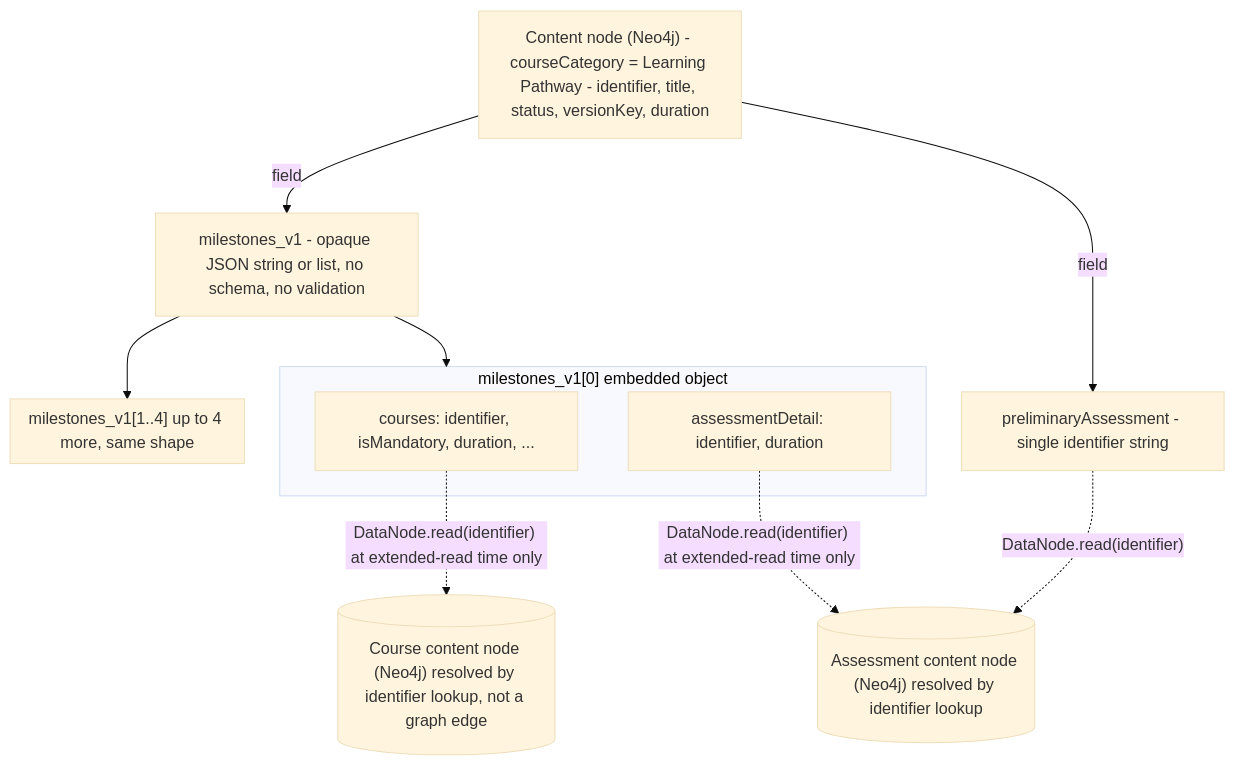
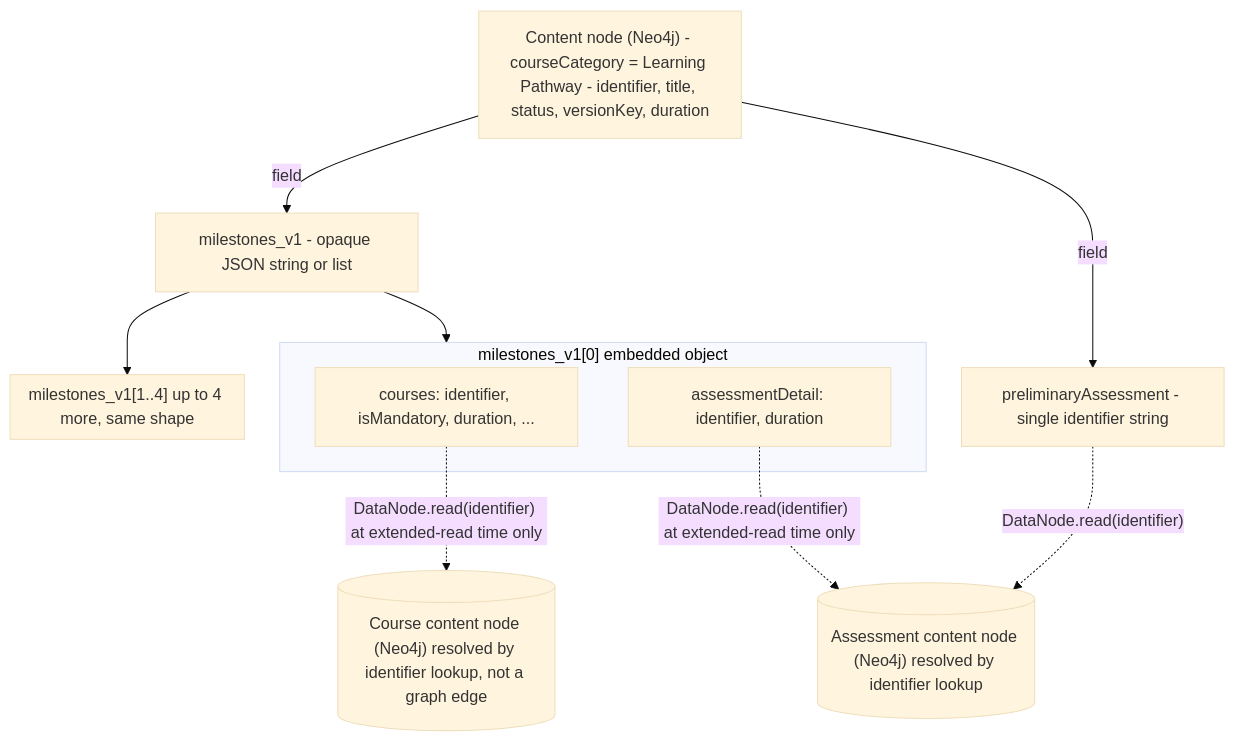
One commit to KB-iGOT/igot-docs changed the first of 5 diagrams in docs/learning-hub/learning-pathway/lld.md. Above: the diagram before and after it, drawn with Mermaid (base theme). The commit also changed other lines of this file and 23 other files, not shown here.

````diff
--- a/docs/learning-hub/learning-pathway/lld.md
+++ b/docs/learning-hub/learning-pathway/lld.md
@@ -63,26 +63,26 @@
 ```mermaid
 flowchart TB
     PN["Content node (Neo4j) - courseCategory = Learning Pathway - identifier, title, status, versionKey, duration"]
-    MV["milestones_v1 - opaque JSON string or list, no schema, no validation"]
+    MV["milestones_v1 - opaque JSON string or list"]
     PA["preliminaryAssessment - single identifier string"]
 
     PN -->|field| MV
     PN -->|field| PA
 
     subgraph M1["milestones_v1[0] embedded object"]
         M1C["courses: identifier, isMandatory, duration, ..."]
         M1A["assessmentDetail: identifier, duration"]
     end
     subgraph M2["milestones_v1[1..4] up to 4 more, same shape"]
     end
 
     MV --> M1
     MV --> M2
 
     CourseNode[("Course content node (Neo4j) resolved by identifier lookup, not a graph edge")]
     AssessNode[("Assessment content node (Neo4j) resolved by identifier lookup")]
 
     M1C -.->|"DataNode.read(identifier) at extended-read time only"| CourseNode
     M1A -.->|"DataNode.read(identifier) at extended-read time only"| AssessNode
     PA -.->|"DataNode.read(identifier)"| AssessNode
 ```
````
